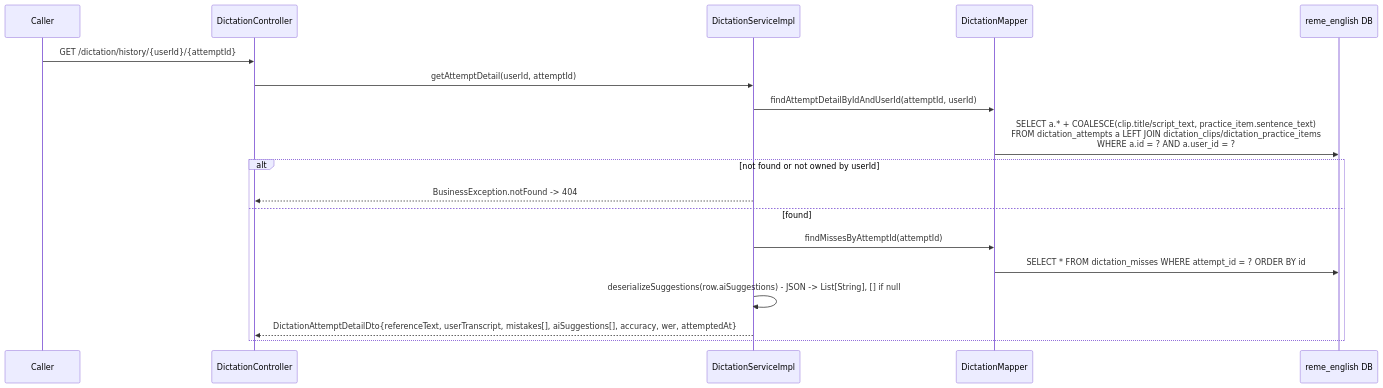
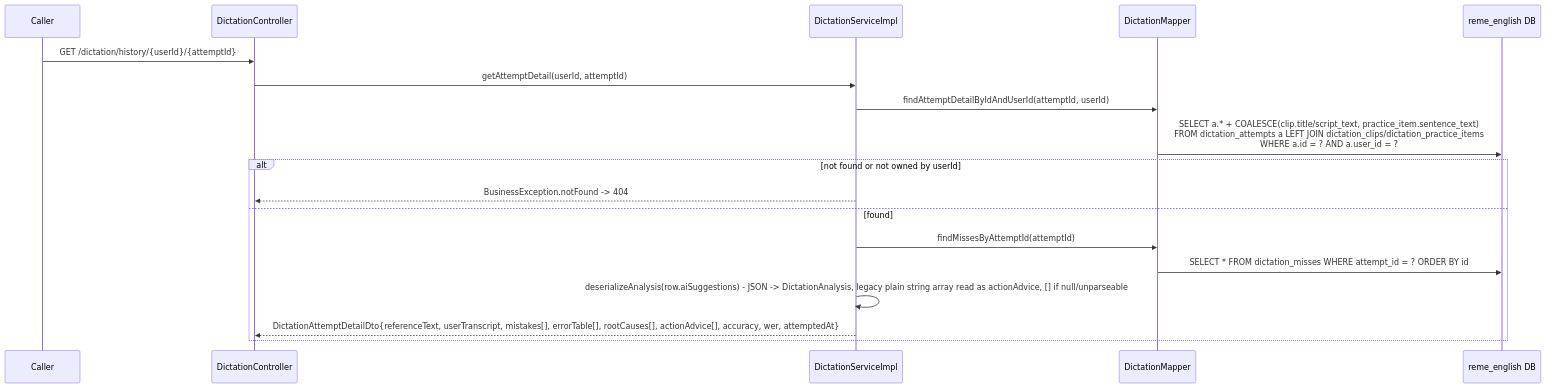
Before and after one commit to CuongNguyen13/RemeLearning: the eighth of 8 diagrams in docs/sequence/English_service/dictation-practice.md, drawn with Mermaid. The commit also changed other lines of this file and 9 other files, not shown here.

Commit message:
docs: sync API.md, data-flow, and sequence diagrams with learn+library domains

````diff
--- a/docs/sequence/English_service/dictation-practice.md
+++ b/docs/sequence/English_service/dictation-practice.md
@@ -332,21 +332,21 @@
 ```mermaid
 sequenceDiagram
     participant Caller
     participant Ctrl as DictationController
     participant Svc as DictationServiceImpl
     participant DMapper as DictationMapper
     participant DB as reme_english DB
 
     Caller->>Ctrl: GET /dictation/history/{userId}/{attemptId}
     Ctrl->>Svc: getAttemptDetail(userId, attemptId)
     Svc->>DMapper: findAttemptDetailByIdAndUserId(attemptId, userId)
     DMapper->>DB: SELECT a.* + COALESCE(clip.title/script_text, practice_item.sentence_text)<br/>FROM dictation_attempts a LEFT JOIN dictation_clips/dictation_practice_items<br/>WHERE a.id = ? AND a.user_id = ?
     alt not found or not owned by userId
         Svc-->>Ctrl: BusinessException.notFound -> 404
     else found
         Svc->>DMapper: findMissesByAttemptId(attemptId)
         DMapper->>DB: SELECT * FROM dictation_misses WHERE attempt_id = ? ORDER BY id
-        Svc->>Svc: deserializeSuggestions(row.aiSuggestions) - JSON -> List[String], [] if null
-        Svc-->>Ctrl: DictationAttemptDetailDto{referenceText, userTranscript, mistakes[], aiSuggestions[], accuracy, wer, attemptedAt}
+        Svc->>Svc: deserializeAnalysis(row.aiSuggestions) - JSON -> DictationAnalysis, legacy plain string array read as actionAdvice, [] if null/unparseable
+        Svc-->>Ctrl: DictationAttemptDetailDto{referenceText, userTranscript, mistakes[], errorTable[], rootCauses[], actionAdvice[], accuracy, wer, attemptedAt}
     end
 ```
````
